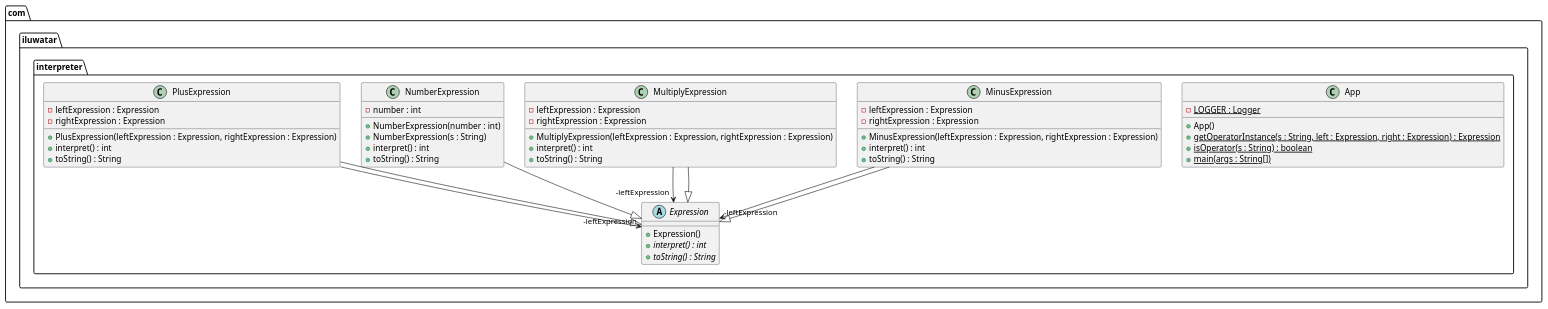
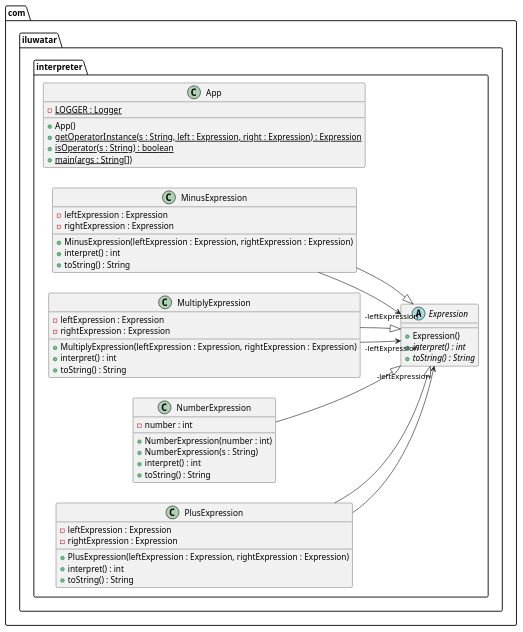
Before and after one commit to NatalieSty/java-design-patterns: the diagram in interpreter/etc/interpreter.urm.puml, drawn with PlantUML. The commit also changed 18 other files, not shown here.

Commit message:
Work on #190: urm/puml updates * added pumlid where it was missing and possible * removed pumlid where it generated a bad image * regenerated some incorrect puml's * added 'left to right direction' puml prefix to some diagrams to improve the automatic layouting

```diff
--- a/interpreter/etc/interpreter.urm.puml
+++ b/interpreter/etc/interpreter.urm.puml
@@ -1,51 +1,52 @@
 @startuml
+left to right direction
 package com.iluwatar.interpreter {
   class App {
     - LOGGER : Logger {static}
     + App()
     + getOperatorInstance(s : String, left : Expression, right : Expression) : Expression {static}
     + isOperator(s : String) : boolean {static}
     + main(args : String[]) {static}
   }
   abstract class Expression {
     + Expression()
     + interpret() : int {abstract}
     + toString() : String {abstract}
   }
   class MinusExpression {
     - leftExpression : Expression
     - rightExpression : Expression
     + MinusExpression(leftExpression : Expression, rightExpression : Expression)
     + interpret() : int
     + toString() : String
   }
   class MultiplyExpression {
     - leftExpression : Expression
     - rightExpression : Expression
     + MultiplyExpression(leftExpression : Expression, rightExpression : Expression)
     + interpret() : int
     + toString() : String
   }
   class NumberExpression {
     - number : int
     + NumberExpression(number : int)
     + NumberExpression(s : String)
     + interpret() : int
     + toString() : String
   }
   class PlusExpression {
     - leftExpression : Expression
     - rightExpression : Expression
     + PlusExpression(leftExpression : Expression, rightExpression : Expression)
     + interpret() : int
     + toString() : String
   }
 }
 MultiplyExpression -->  "-leftExpression" Expression
 MinusExpression -->  "-leftExpression" Expression
 PlusExpression -->  "-leftExpression" Expression
-MinusExpression --|> Expression 
-MultiplyExpression --|> Expression 
-NumberExpression --|> Expression 
-PlusExpression --|> Expression 
+MinusExpression --|> Expression
+MultiplyExpression --|> Expression
+NumberExpression --|> Expression
+PlusExpression --|> Expression
 @enduml
```
